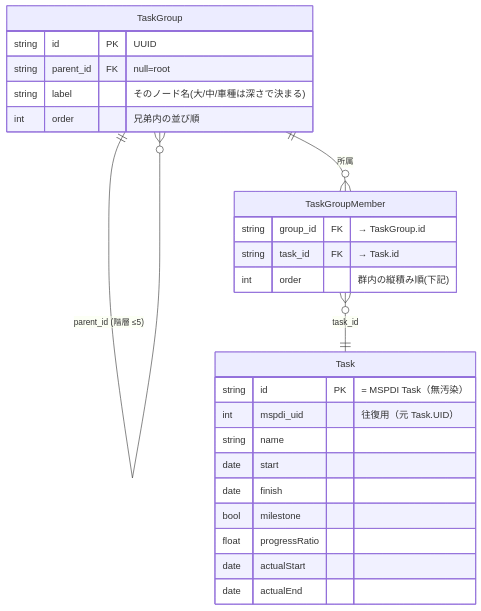
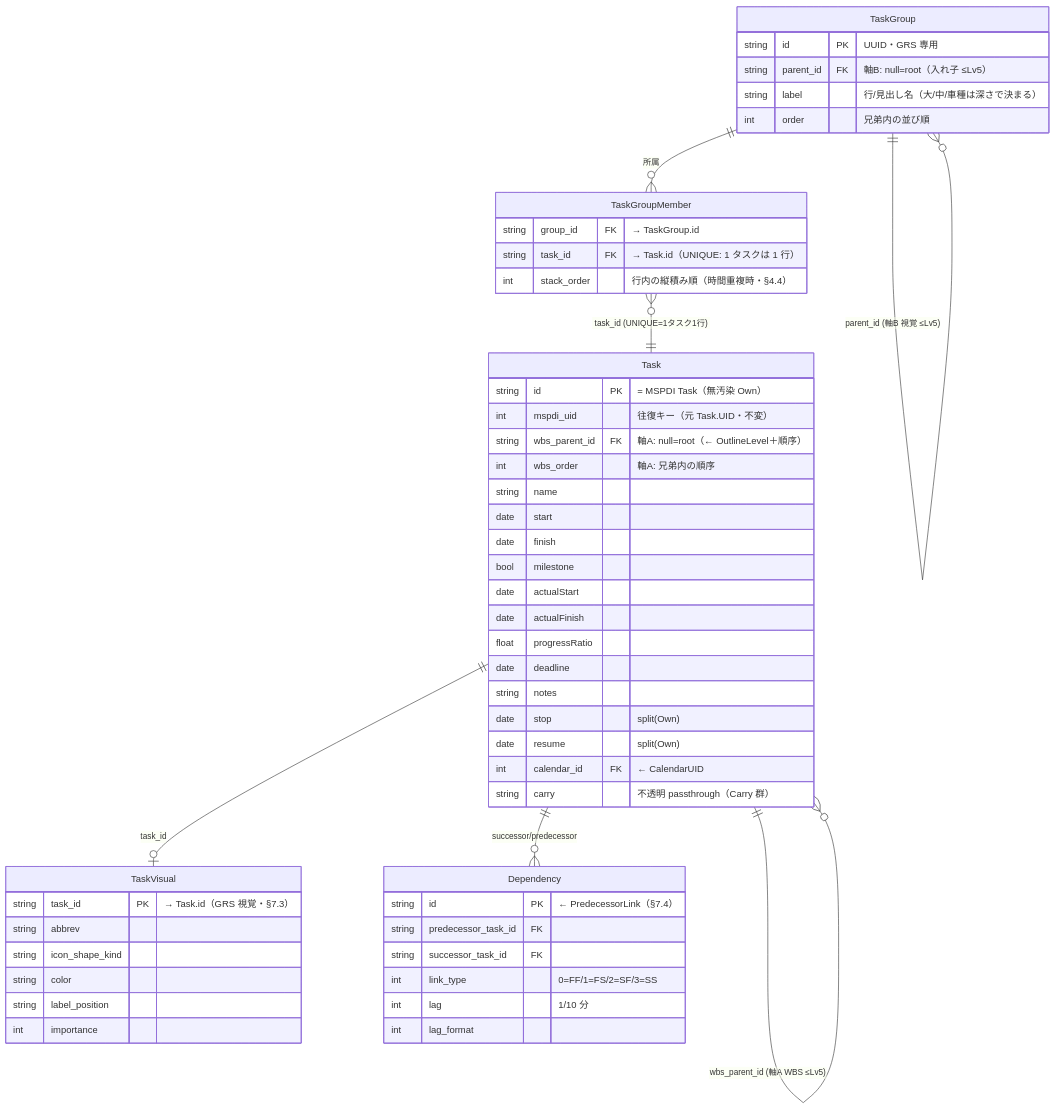
The second of 3 diagrams in docs/spec/_assets/grs-data-model-ja.md (GoodRelax/gr-scheduler), drawn with Mermaid before and after one commit. The commit also changed other lines of this file and 1 other file, not shown here.

First line of the commit message:
Finalize GRS 2-axis data model and complete MSPDI field ledger

````diff
--- a/docs/spec/_assets/grs-data-model-ja.md
+++ b/docs/spec/_assets/grs-data-model-ja.md
@@ -28,29 +33,56 @@
 ```mermaid
 erDiagram
-    TaskGroup ||--o{ TaskGroup : "parent_id (階層 ≤5)"
+    Task ||--o{ Task : "wbs_parent_id (軸A WBS ≤Lv5)"
+    TaskGroup ||--o{ TaskGroup : "parent_id (軸B 視覚 ≤Lv5)"
     TaskGroup ||--o{ TaskGroupMember : "所属"
-    TaskGroupMember }o--|| Task : "task_id"
+    TaskGroupMember }o--|| Task : "task_id (UNIQUE=1タスク1行)"
+    Task ||--o| TaskVisual : "task_id"
+    Task ||--o{ Dependency : "successor/predecessor"
 
+    Task {
+        string id PK "= MSPDI Task（無汚染 Own）"
+        int mspdi_uid "往復キー（元 Task.UID・不変）"
+        string wbs_parent_id FK "軸A: null=root（← OutlineLevel＋順序）"
+        int wbs_order "軸A: 兄弟内の順序"
+        string name
+        date start
+        date finish
+        bool milestone
+        date actualStart
+        date actualFinish
+        float progressRatio
+        date deadline
+        string notes
+        date stop "split(Own)"
+        date resume "split(Own)"
+        int calendar_id FK "← CalendarUID"
+        string carry "不透明 passthrough（Carry 群）"
+    }
     TaskGroup {
-        string id PK "UUID"
-        string parent_id FK "null=root"
-        string label "そのノード名(大/中/車種は深さで決まる)"
+        string id PK "UUID・GRS 専用"
+        string parent_id FK "軸B: null=root（入れ子 ≤Lv5）"
+        string label "行/見出し名（大/中/車種は深さで決まる）"
         int order "兄弟内の並び順"
     }
     TaskGroupMember {
         string group_id FK "→ TaskGroup.id"
-        string task_id FK "→ Task.id"
-        int order "群内の縦積み順(下記)"
+        string task_id FK "→ Task.id（UNIQUE: 1 タスクは 1 行）"
+        int stack_order "行内の縦積み順（時間重複時・§4.4）"
     }
-    Task {
-        string id PK "= MSPDI Task（無汚染）"
-        int mspdi_uid "往復用（元 Task.UID）"
-        string name
-        date start
-        date finish
-        bool milestone
-        float progressRatio
-        date actualStart
-        date actualEnd
+    TaskVisual {
+        string task_id PK "→ Task.id（GRS 視覚・§7.3）"
+        string abbrev
+        string icon_shape_kind
+        string color
+        string label_position
+        int importance
+    }
+    Dependency {
+        string id PK "← PredecessorLink（§7.4）"
+        string predecessor_task_id FK
+        string successor_task_id FK
+        int link_type "0=FF/1=FS/2=SF/3=SS"
+        int lag "1/10 分"
+        int lag_format
     }
 ```
````
